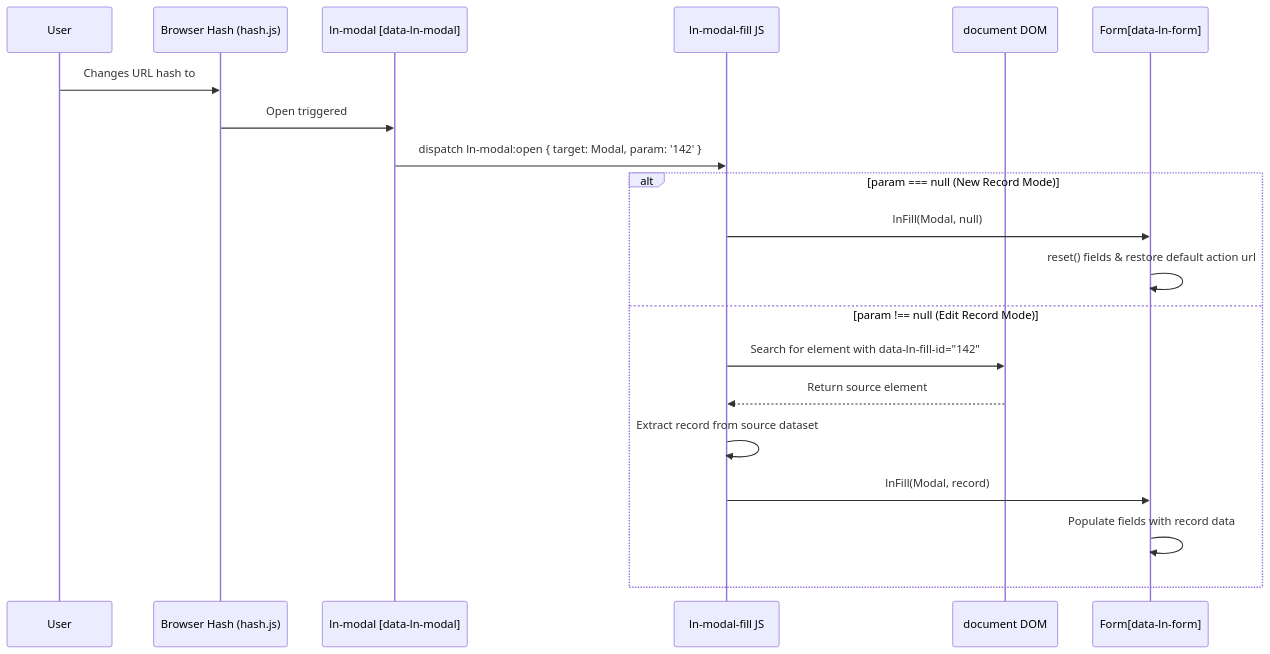
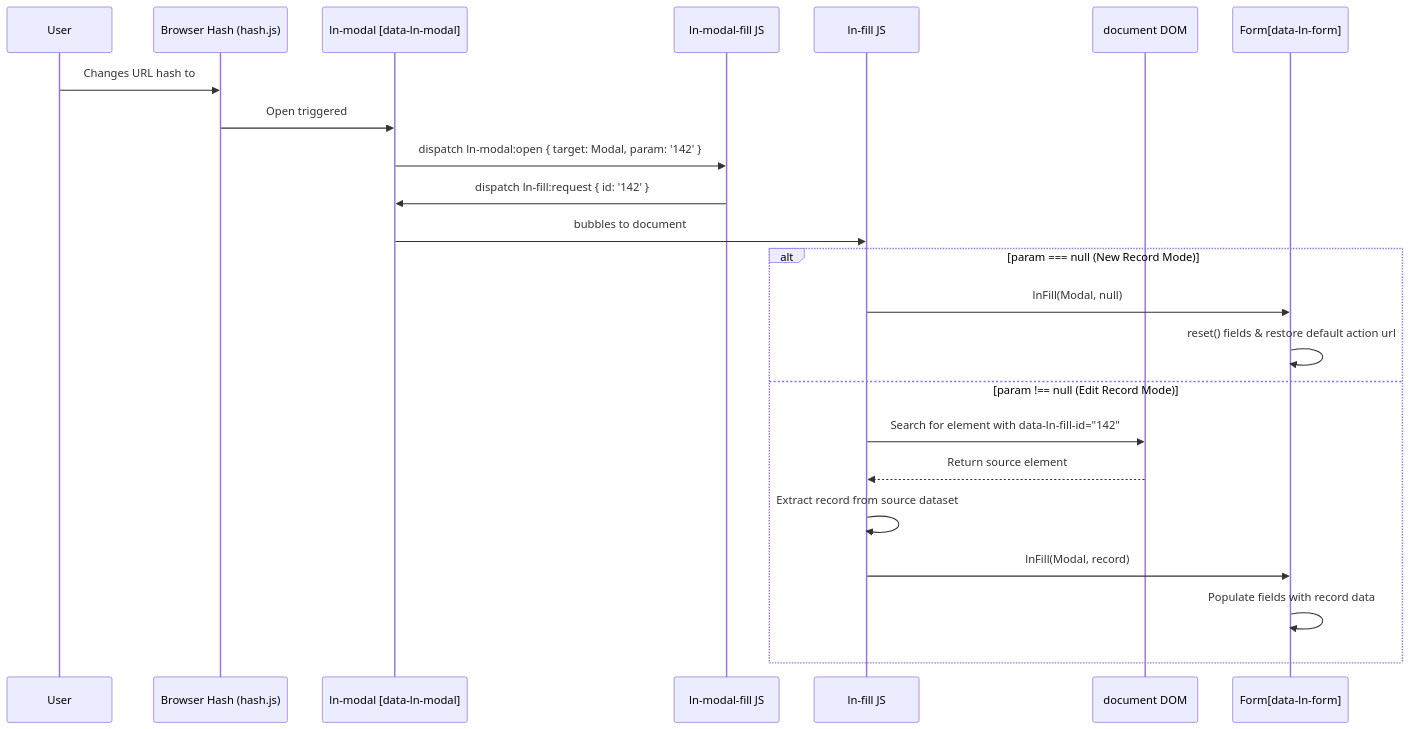
The diagram in architecture_docs_draft/components/ln-modal-fill.md (livenetworks/ln-ashlar), drawn with Mermaid before and after one commit. The commit also changed other lines of this file and 19 other files, not shown here.

````diff
--- a/architecture_docs_draft/components/ln-modal-fill.md
+++ b/architecture_docs_draft/components/ln-modal-fill.md
@@ -80,24 +79,27 @@
 ```mermaid
 sequenceDiagram
     participant User
     participant Hash as Browser Hash (hash.js)
     participant Modal as ln-modal [data-ln-modal]
     participant Coordinator as ln-modal-fill JS
+    participant Fill as ln-fill JS
     participant DOM as document DOM
     participant Form as Form[data-ln-form]
 
     User->>Hash: Changes URL hash to #user-modal:142
     Hash->>Modal: Open triggered
     Modal->>Coordinator: dispatch ln-modal:open { target: Modal, param: '142' }
+    Coordinator->>Modal: dispatch ln-fill:request { id: '142' }
+    Modal->>Fill: bubbles to document
     
     alt param === null (New Record Mode)
-        Coordinator->>Form: lnFill(Modal, null)
+        Fill->>Form: lnFill(Modal, null)
         Form->>Form: reset() fields & restore default action url
     else param !== null (Edit Record Mode)
-        Coordinator->>DOM: Search for element with data-ln-fill-id="142"
-        DOM-->>Coordinator: Return source element
-        Coordinator->>Coordinator: Extract record from source dataset
-        Coordinator->>Form: lnFill(Modal, record)
+        Fill->>DOM: Search for element with data-ln-fill-id="142"
+        DOM-->>Fill: Return source element
+        Fill->>Fill: Extract record from source dataset
+        Fill->>Form: lnFill(Modal, record)
         Form->>Form: Populate fields with record data
     end
 ```
````
